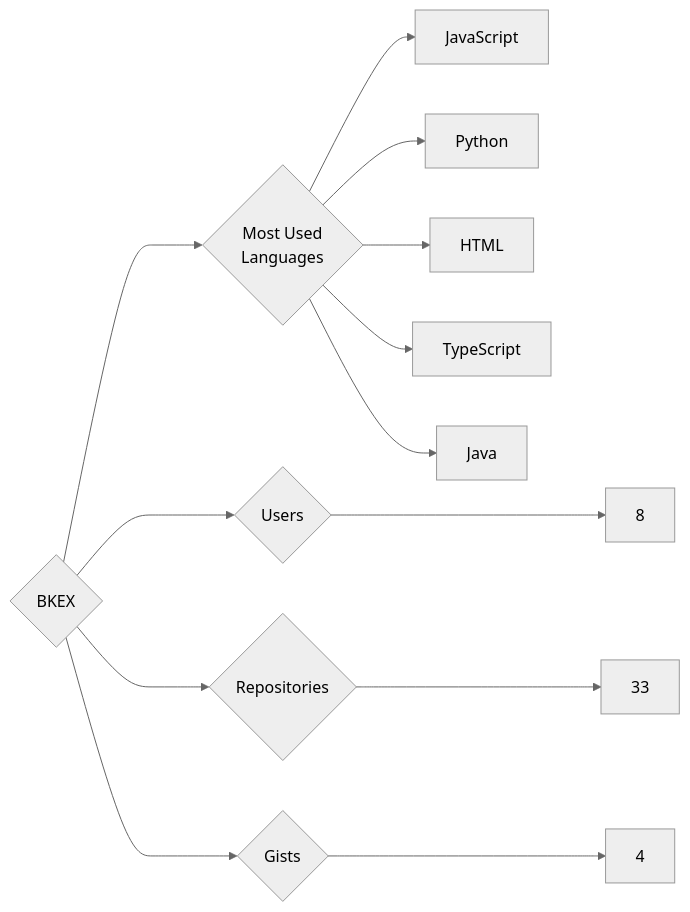
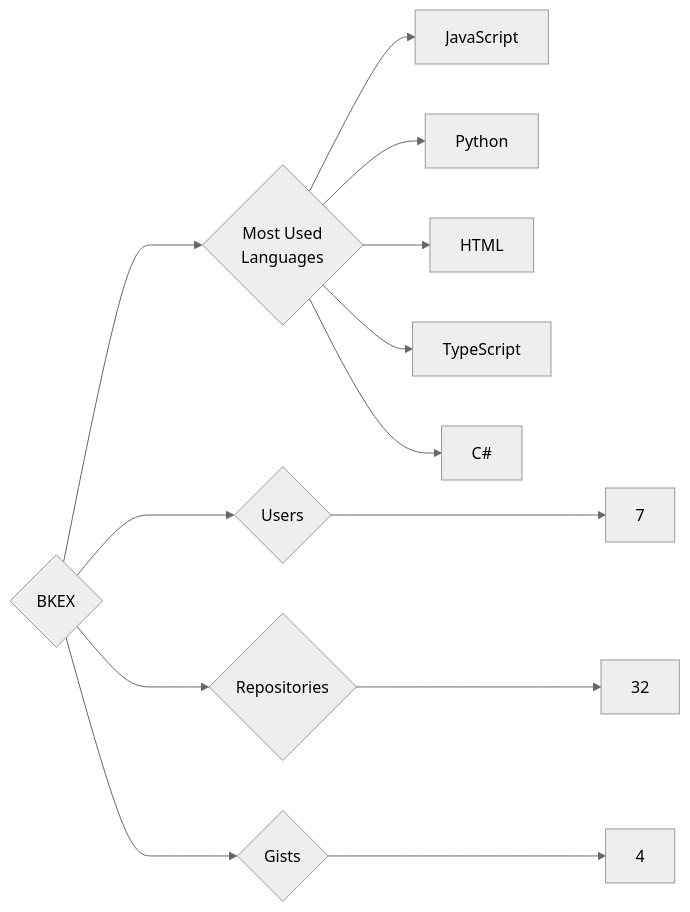
Before and after one commit to trickest/insiders: the diagram in targets/BKEX/README.md, drawn with Mermaid (neutral theme). The commit also changed 988 other files, not shown here.

````diff
--- a/targets/BKEX/README.md
+++ b/targets/BKEX/README.md
@@ -3,13 +3,13 @@
 ```mermaid
 graph LR
 COMPANY_NAME{BKEX}
-COMPANY_NAME ---> U{Users} ---> UN[8]
-COMPANY_NAME ---> R{Repositories} ---> RN[33]
+COMPANY_NAME ---> U{Users} ---> UN[7]
+COMPANY_NAME ---> R{Repositories} ---> RN[32]
 COMPANY_NAME ---> G{Gists} ---> GN[4]
 COMPANY_NAME ---> ML{Most Used<br>Languages}
 ML --> JavaScript[JavaScript]
 ML --> Python[Python]
 ML --> HTML[HTML]
 ML --> TypeScript[TypeScript]
-ML --> Java[Java]
+ML --> C#[C#]
 ```
````
